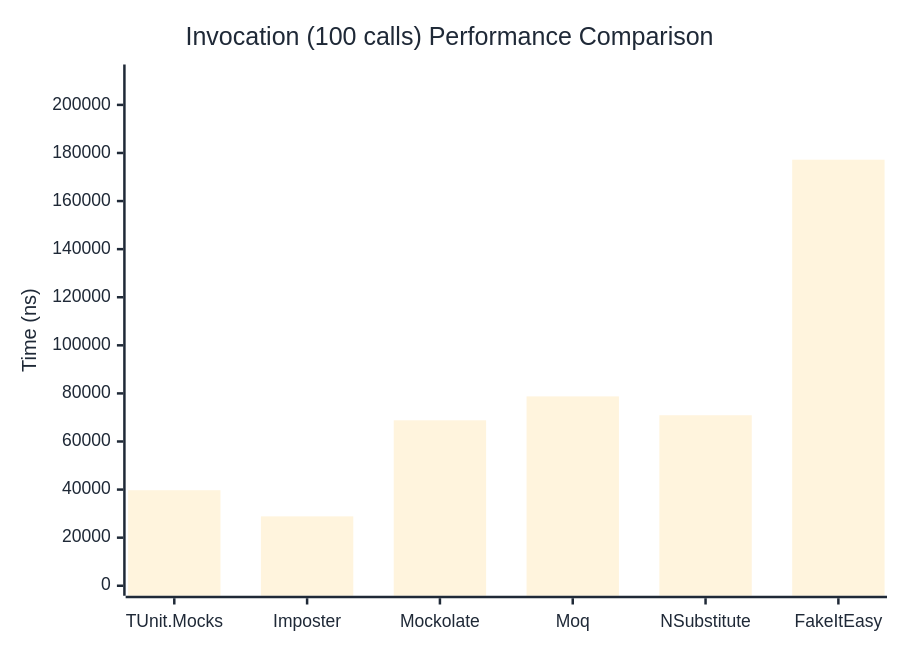
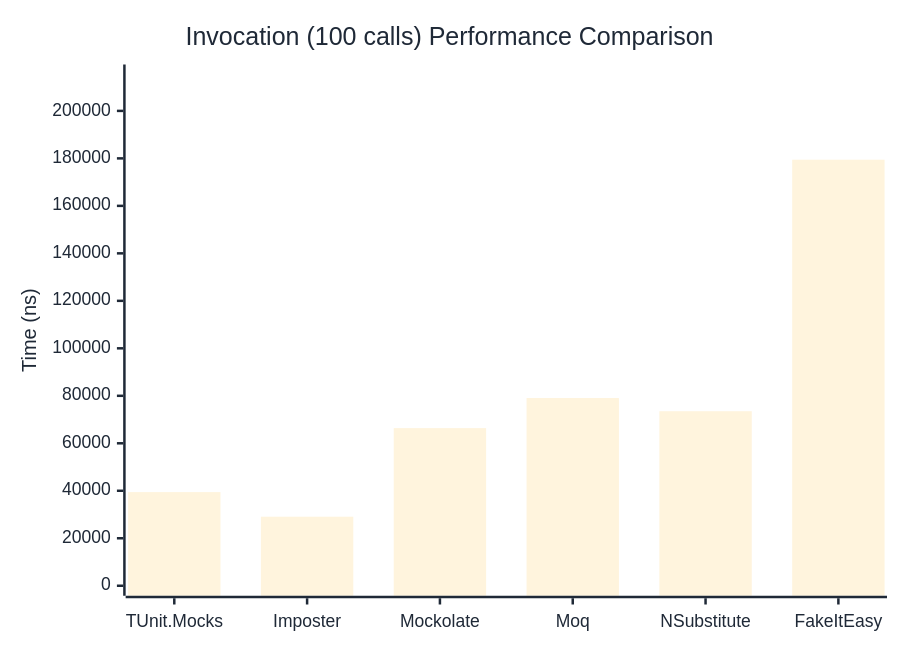
Before and after one commit to thomhurst/TUnit: the third of 3 diagrams in docs/docs/benchmarks/mocks/Invocation.md, drawn with Mermaid. The commit also changed other lines of this file and 14 other files, not shown here.

````diff
--- a/docs/docs/benchmarks/mocks/Invocation.md
+++ b/docs/docs/benchmarks/mocks/Invocation.md
@@ -110,27 +110,27 @@
 ```mermaid
 %%{init: {
   'theme':'base',
   'themeVariables': {
     'primaryColor': '#2563eb',
     'primaryTextColor': '#1f2937',
     'primaryBorderColor': '#1e40af',
     'lineColor': '#6b7280',
     'secondaryColor': '#7c3aed',
     'tertiaryColor': '#dc2626',
     'background': '#ffffff',
     'pie1': '#2563eb',
     'pie2': '#7c3aed',
     'pie3': '#dc2626',
     'pie4': '#f59e0b',
     'pie5': '#10b981',
     'pie6': '#06b6d4',
     'pie7': '#ec4899',
     'pie8': '#6366f1'
   }
 }}%%
 xychart-beta
   title "Invocation (100 calls) Performance Comparison"
   x-axis ["TUnit.Mocks", "Imposter", "Mockolate", "Moq", "NSubstitute", "FakeItEasy"]
-  y-axis "Time (ns)" 0 --> 212641
-  bar [39730.8, 28857.9, 68815.9, 78758.3, 70921.5, 177200.5]
+  y-axis "Time (ns)" 0 --> 215328
+  bar [39438.9, 29080.8, 66403.9, 79065.6, 73507.6, 179439.5]
 ```
````
